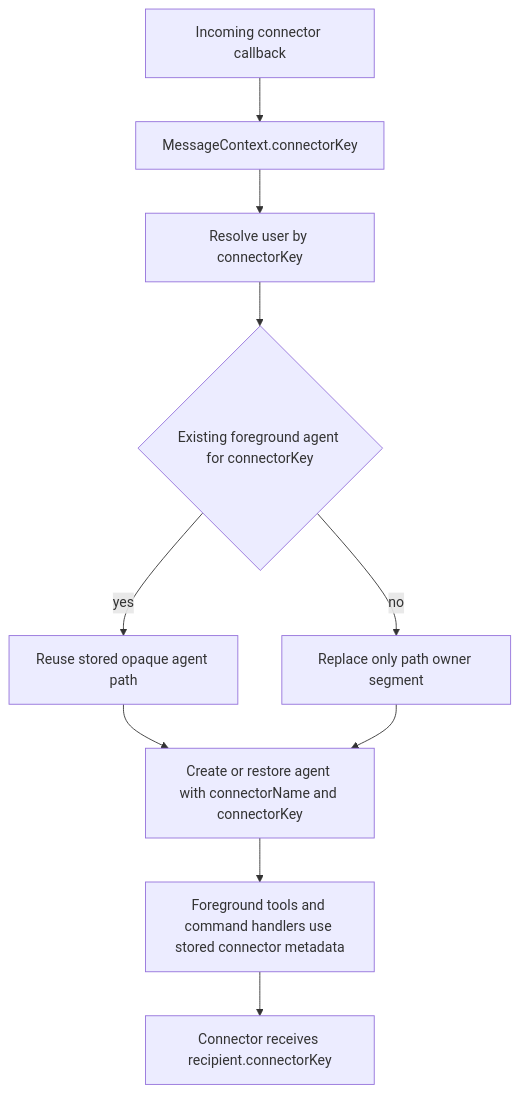
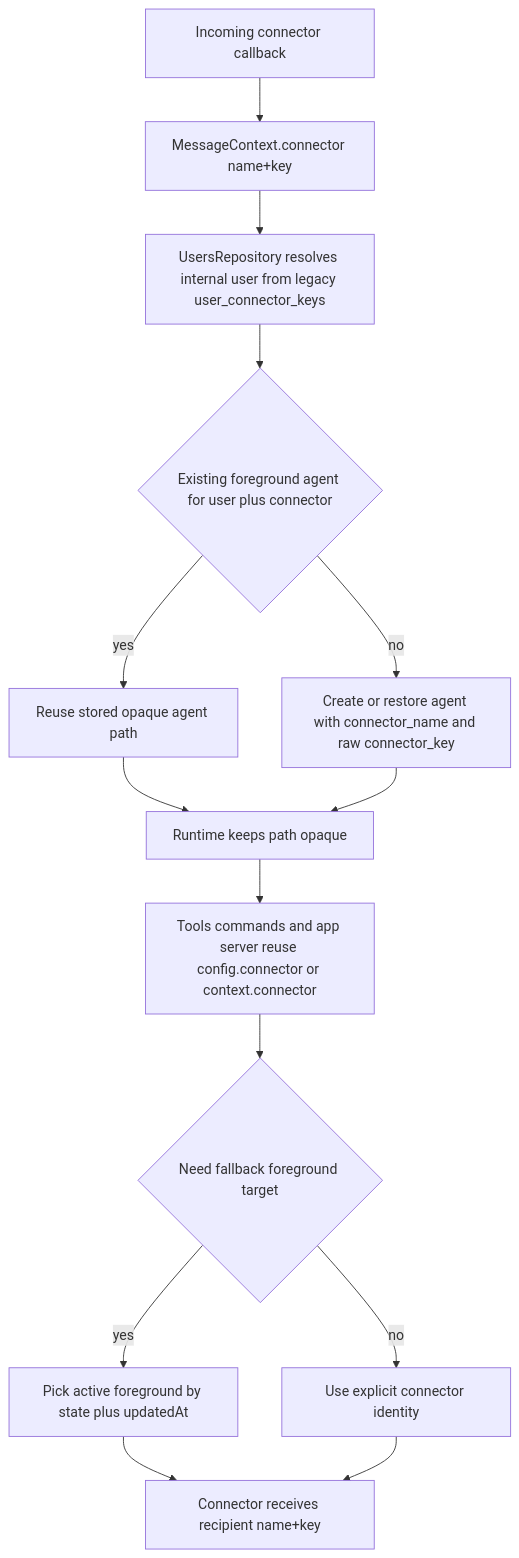
One commit to ex3ndr/daycare changed the diagram in doc/20260312-agent-connector-keys.md. Above: the diagram before and after it, drawn with Mermaid. The commit also changed other lines of this file and 16 other files, not shown here.

Commit message:
fix: keep connector routing explicit

````diff
--- a/doc/20260312-agent-connector-keys.md
+++ b/doc/20260312-agent-connector-keys.md
@@ -13,12 +13,16 @@
 ```mermaid
 flowchart TD
-    A[Incoming connector callback] --> B[MessageContext.connectorKey]
-    B --> C[Resolve user by connectorKey]
-    C --> D{Existing foreground agent for connectorKey}
+    A[Incoming connector callback] --> B[MessageContext.connector name+key]
+    B --> C[UsersRepository resolves internal user from legacy user_connector_keys]
+    C --> D{Existing foreground agent for user plus connector}
     D -->|yes| E[Reuse stored opaque agent path]
-    D -->|no| F[Replace only path owner segment]
-    E --> G[Create or restore agent with connectorName and connectorKey]
+    D -->|no| F[Create or restore agent with connector_name and raw connector_key]
+    E --> G[Runtime keeps path opaque]
     F --> G
-    G --> H[Foreground tools and command handlers use stored connector metadata]
-    H --> I[Connector receives recipient.connectorKey]
+    G --> H[Tools commands and app server reuse config.connector or context.connector]
+    H --> I{Need fallback foreground target}
+    I -->|yes| J[Pick active foreground by state plus updatedAt]
+    I -->|no| K[Use explicit connector identity]
+    J --> L[Connector receives recipient name+key]
+    K --> L
 ```
````
